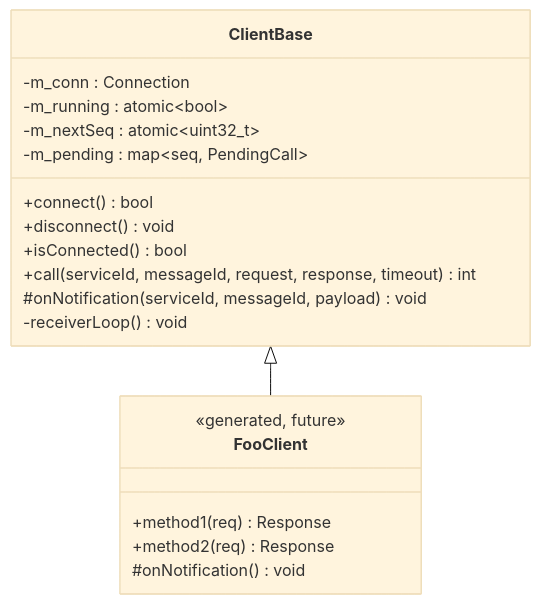
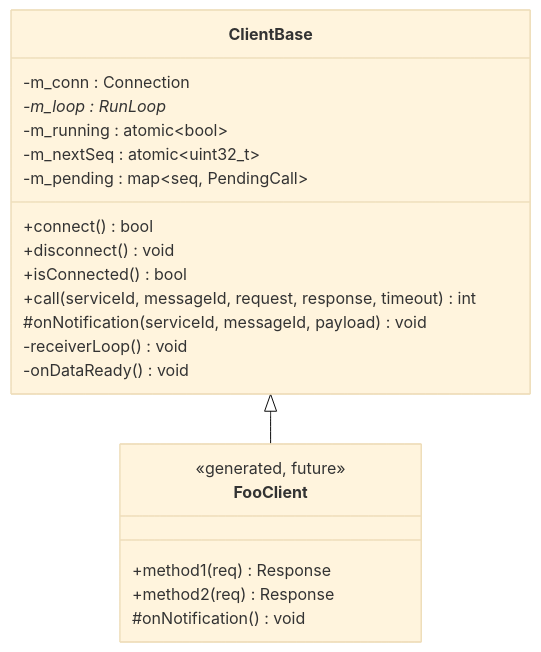
Before and after one commit to Mrunmoy/aether: the first of 7 diagrams in doc/ClientBase.md, drawn with Mermaid (base theme). The commit also changed other lines of this file and 12 other files, not shown here.

````diff
--- a/doc/ClientBase.md
+++ b/doc/ClientBase.md
@@ -7,22 +7,24 @@
 ```mermaid
 classDiagram
     class ClientBase {
         +connect() bool
         +disconnect() void
         +isConnected() bool
         +call(serviceId, messageId, request, response, timeout) int
         #onNotification(serviceId, messageId, payload) void
         -receiverLoop() void
+        -onDataReady() void
         -m_conn : Connection
+        -m_loop : RunLoop*
         -m_running : atomic~bool~
         -m_nextSeq : atomic~uint32_t~
         -m_pending : map~seq, PendingCall~
     }
     class FooClient {
         <<generated, future>>
         +method1(req) Response
         +method2(req) Response
         #onNotification() void
     }
     ClientBase <|-- FooClient
 ```
````
